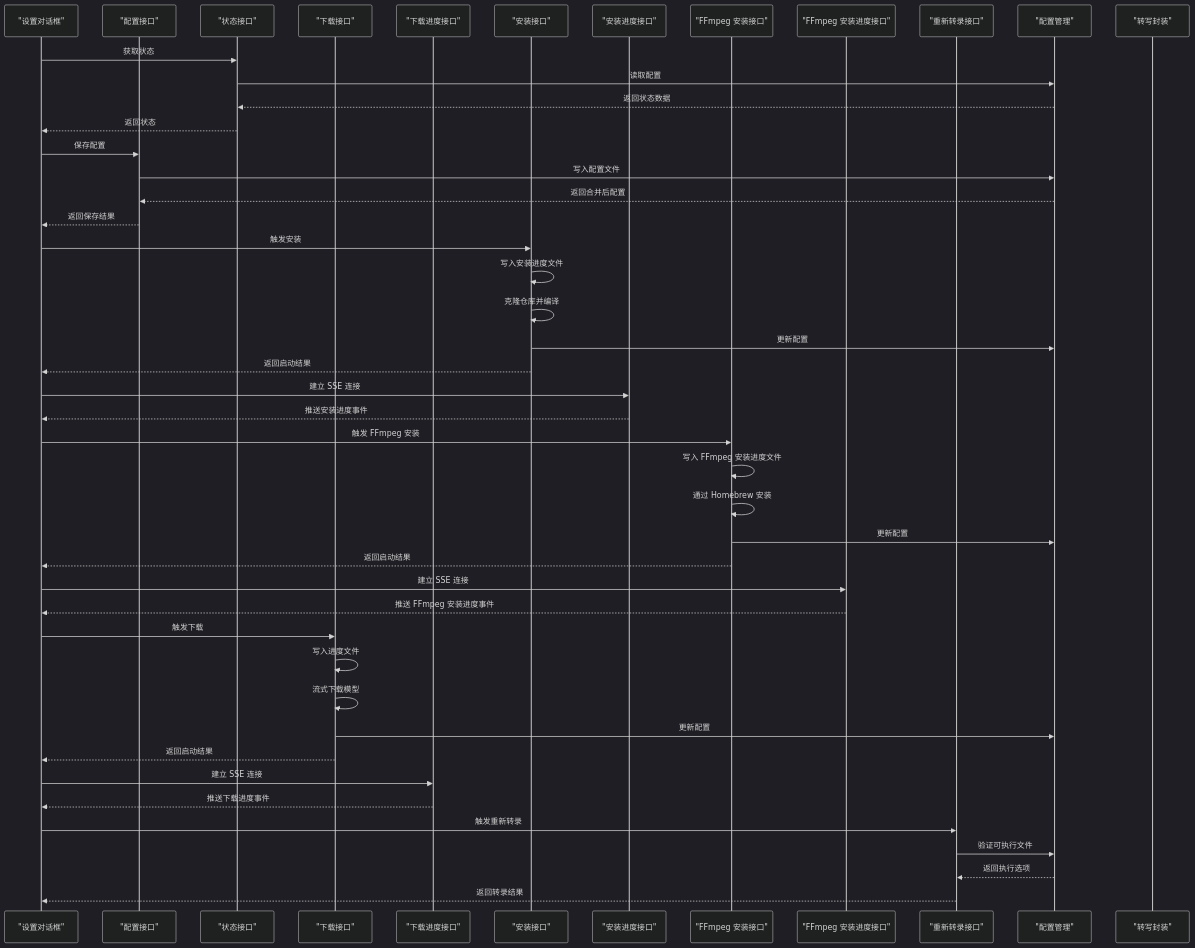
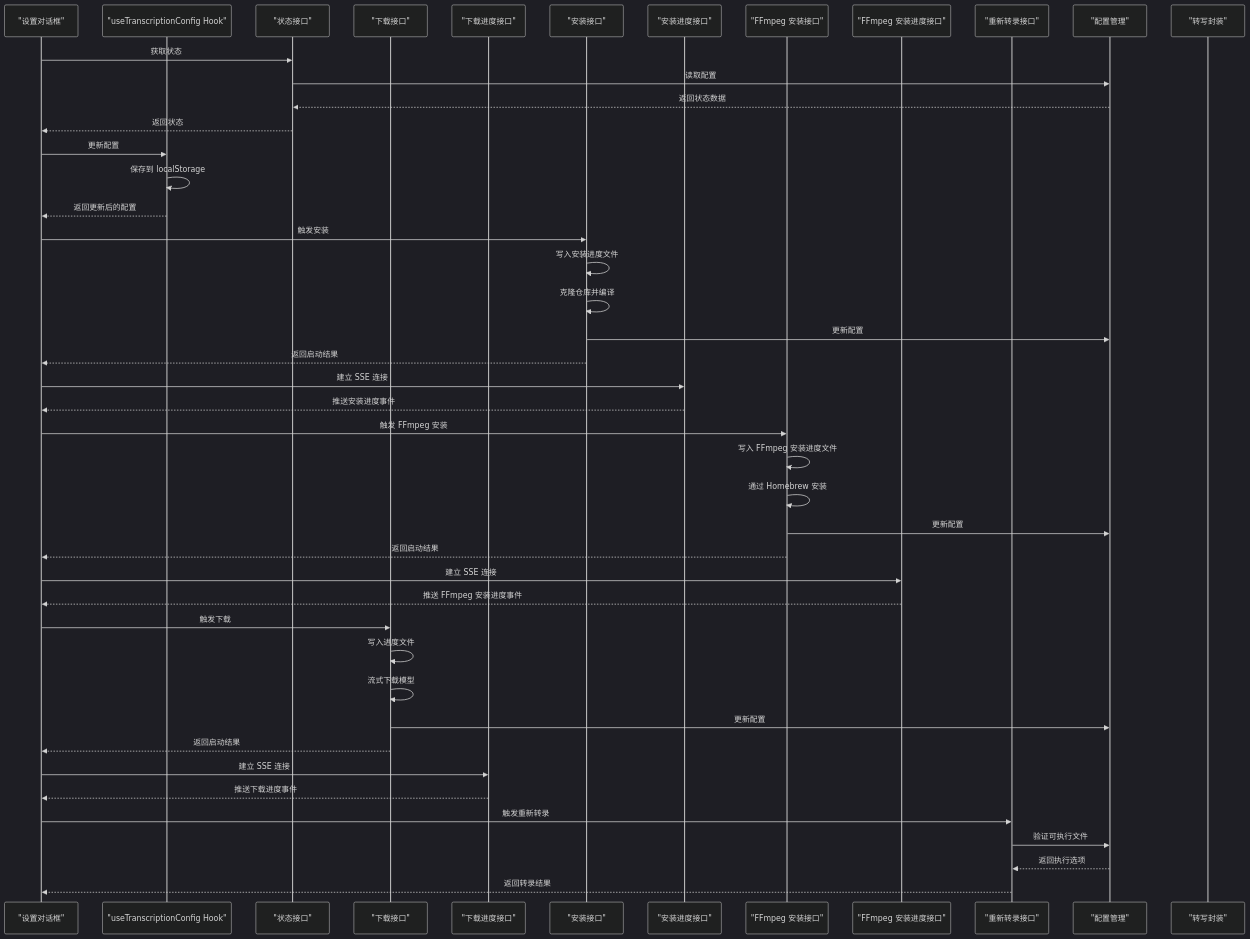
One commit to clawbotai/memo-flow changed the second of 11 diagrams in .qoder/repowiki/zh/content/核心功能模块/Whisper 配置管理.md. Above: the diagram before and after it, drawn with Mermaid (dark theme). The commit also changed other lines of this file and 4 other files, not shown here.

````diff
--- a/.qoder/repowiki/zh/content/核心功能模块/Whisper 配置管理.md
+++ b/.qoder/repowiki/zh/content/核心功能模块/Whisper 配置管理.md
@@ -150,48 +152,47 @@
 ```mermaid
 sequenceDiagram
 participant UI as "设置对话框"
-participant ConfigAPI as "配置接口"
+participant Hook as "useTranscriptionConfig Hook"
 participant StatusAPI as "状态接口"
 participant DownloadAPI as "下载接口"
 participant ProgressAPI as "下载进度接口"
 participant InstallAPI as "安装接口"
 participant InstallProgressAPI as "安装进度接口"
 participant FfmpegInstallAPI as "FFmpeg 安装接口"
 participant FfmpegInstallProgressAPI as "FFmpeg 安装进度接口"
 participant RetranscribeAPI as "重新转录接口"
 participant ConfigLib as "配置管理"
 participant WhisperLib as "转写封装"
 UI->>StatusAPI : 获取状态
 StatusAPI->>ConfigLib : 读取配置
 ConfigLib-->>StatusAPI : 返回状态数据
 StatusAPI-->>UI : 返回状态
-UI->>ConfigAPI : 保存配置
-ConfigAPI->>ConfigLib : 写入配置文件
-ConfigLib-->>ConfigAPI : 返回合并后配置
-ConfigAPI-->>UI : 返回保存结果
+UI->>Hook : 更新配置
+Hook->>Hook : 保存到 localStorage
+Hook-->>UI : 返回更新后的配置
 UI->>InstallAPI : 触发安装
 InstallAPI->>InstallAPI : 写入安装进度文件
 InstallAPI->>InstallAPI : 克隆仓库并编译
 InstallAPI->>ConfigLib : 更新配置
 InstallAPI-->>UI : 返回启动结果
 UI->>InstallProgressAPI : 建立 SSE 连接
 InstallProgressAPI-->>UI : 推送安装进度事件
 UI->>FfmpegInstallAPI : 触发 FFmpeg 安装
 FfmpegInstallAPI->>FfmpegInstallAPI : 写入 FFmpeg 安装进度文件
 FfmpegInstallAPI->>FfmpegInstallAPI : 通过 Homebrew 安装
 FfmpegInstallAPI->>ConfigLib : 更新配置
 FfmpegInstallAPI-->>UI : 返回启动结果
 UI->>FfmpegInstallProgressAPI : 建立 SSE 连接
 FfmpegInstallProgressAPI-->>UI : 推送 FFmpeg 安装进度事件
 UI->>DownloadAPI : 触发下载
 DownloadAPI->>DownloadAPI : 写入进度文件
 DownloadAPI->>DownloadAPI : 流式下载模型
 DownloadAPI->>ConfigLib : 更新配置
 DownloadAPI-->>UI : 返回启动结果
 UI->>ProgressAPI : 建立 SSE 连接
 ProgressAPI-->>UI : 推送下载进度事件
 UI->>RetranscribeAPI : 触发重新转录
 RetranscribeAPI->>ConfigLib : 验证可执行文件
 ConfigLib-->>RetranscribeAPI : 返回执行选项
 RetranscribeAPI-->>UI : 返回转录结果
 ```
````
